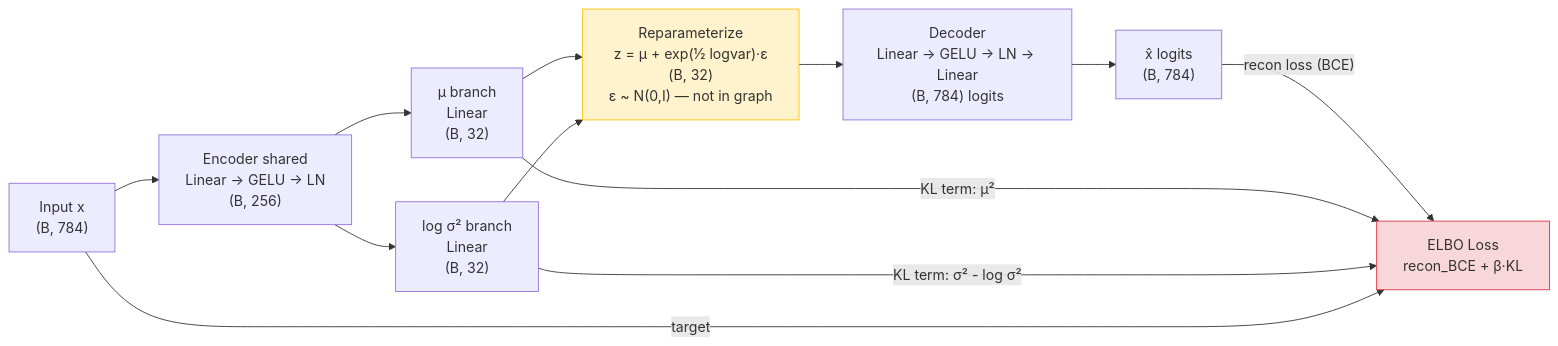
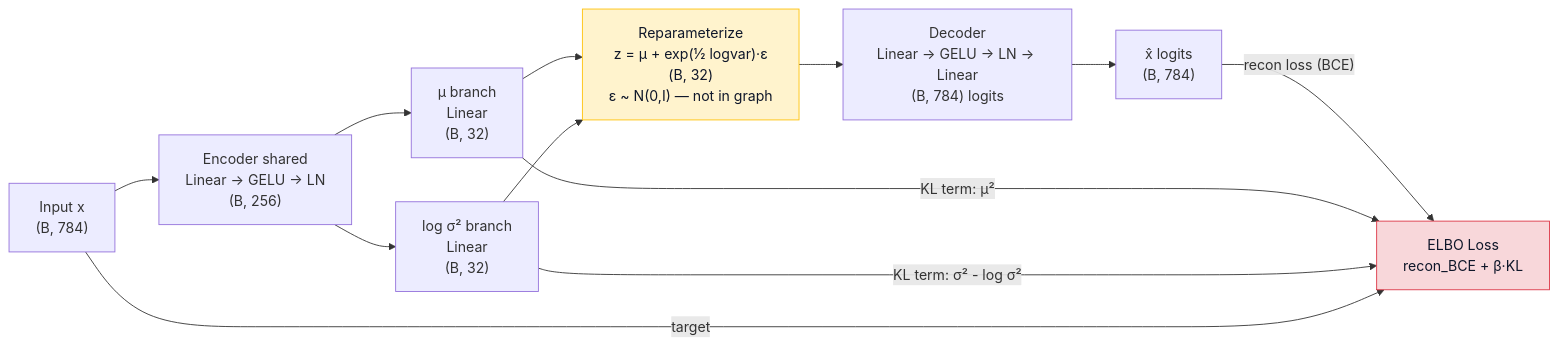
The fifth of 7 diagrams in topics/computing/ai/vibe_coding/lesson_02_architecture_and_mechanics.md (blebleblee/synapse), drawn with Mermaid before and after one commit. The commit also changed other lines of this file and 1464 other files, not shown here.

Commit message:
feat(release): curriculum vector mermaid upgrade, render hardening, and master synpack

````diff
--- a/topics/computing/ai/vibe_coding/lesson_02_architecture_and_mechanics.md
+++ b/topics/computing/ai/vibe_coding/lesson_02_architecture_and_mechanics.md
@@ -577,26 +577,26 @@
 ```mermaid
 flowchart LR
     X["Input x\n(B, 784)"]
     ES["Encoder shared\nLinear → GELU → LN\n(B, 256)"]
     MU["μ branch\nLinear\n(B, 32)"]
     LV["log σ² branch\nLinear\n(B, 32)"]
     REP["Reparameterize\nz = μ + exp(½ logvar)·ε\n(B, 32)\nε ~ N(0,I) — not in graph"]
     DEC["Decoder\nLinear → GELU → LN → Linear\n(B, 784) logits"]
     RECON["x̂ logits\n(B, 784)"]
     LOSS["ELBO Loss\nrecon_BCE + β·KL"]
 
     X --> ES
     ES --> MU
     ES --> LV
     MU --> REP
     LV --> REP
     REP --> DEC
     DEC --> RECON
     RECON -->|"recon loss (BCE)"| LOSS
     MU    -->|"KL term: μ²"| LOSS
     LV    -->|"KL term: σ² - log σ²"| LOSS
     X     -->|"target"| LOSS
 
-    style REP fill:#fff3cd,stroke:#ffc107
-    style LOSS fill:#f8d7da,stroke:#dc3545
+    style REP fill:#fff3cd,stroke:#ffc107,color:#0f172a
+    style LOSS fill:#f8d7da,stroke:#dc3545,color:#0f172a
 ```
````
